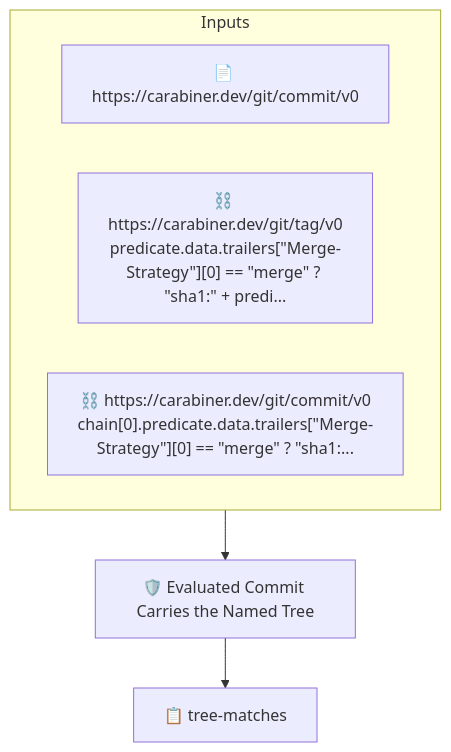
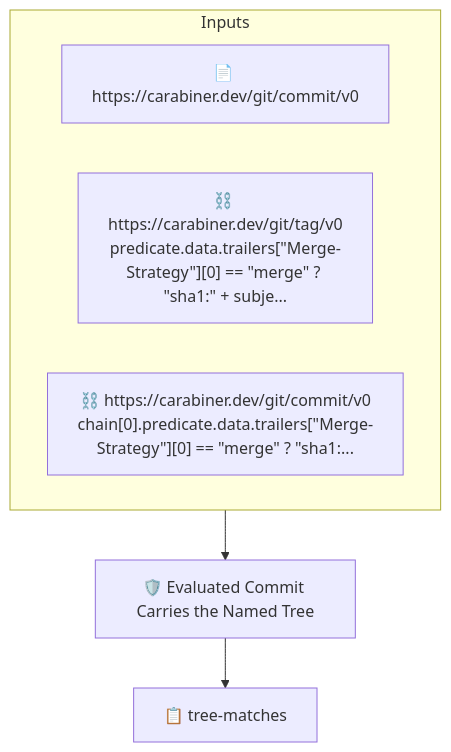
Before and after one commit to carabiner-dev/policies: the diagram in release/release-evaluated-commit-tree.md, drawn with Mermaid. The commit also changed other lines of this file and 26 other files, not shown here.

````diff
--- a/release/release-evaluated-commit-tree.md
+++ b/release/release-evaluated-commit-tree.md
@@ -26,11 +27,11 @@
 ```mermaid
 flowchart TD
     subgraph inputs["Inputs"]
         A0["📄 https://carabiner.dev/git/commit/v0"]
-        L0["⛓️ https://carabiner.dev/git/tag/v0<br/>predicate.data.trailers[#quot;Merge-Strategy#quot;][0] == #quot;merge#quot; ? #quot;sha1:#quot; + predi..."]
+        L0["⛓️ https://carabiner.dev/git/tag/v0<br/>predicate.data.trailers[#quot;Merge-Strategy#quot;][0] == #quot;merge#quot; ? #quot;sha1:#quot; + subje..."]
         L1["⛓️ https://carabiner.dev/git/commit/v0<br/>chain[0].predicate.data.trailers[#quot;Merge-Strategy#quot;][0] == #quot;merge#quot; ? #quot;sha1:..."]
     end
     P["🛡️ Evaluated Commit Carries the Named Tree"]
     inputs --> P
     P --> P_T0["📋 tree-matches"]
 ```
````
